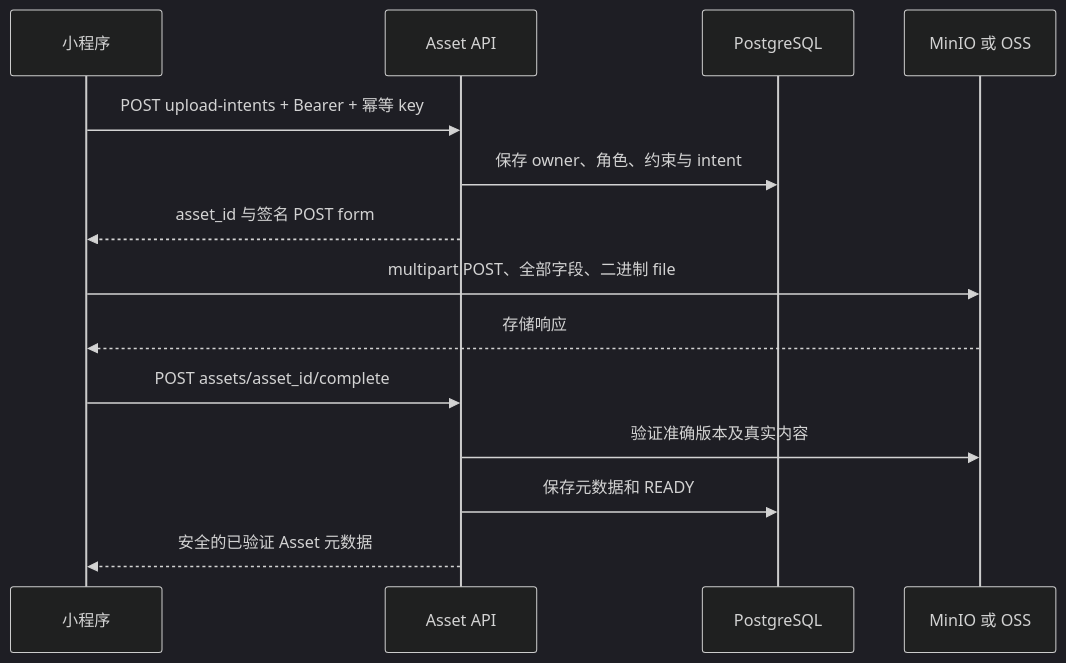
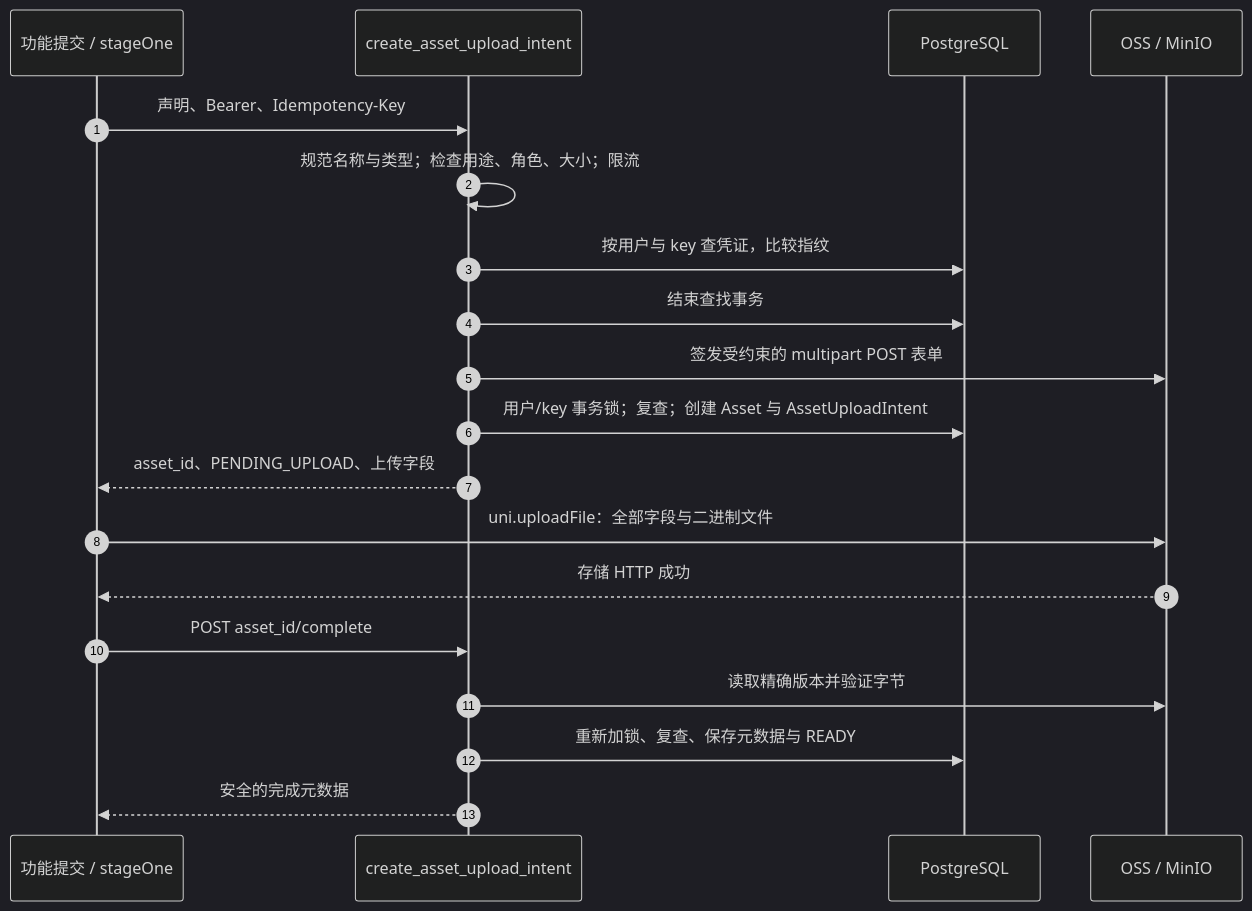
Before and after one commit to Orientation-CD/docs: the first of 2 diagrams in zh/reference/flows/asset-upload-flow.md, drawn with Mermaid (dark theme). The commit also changed other lines of this file and 61 other files, not shown here.

````diff
--- a/zh/reference/flows/asset-upload-flow.md
+++ b/zh/reference/flows/asset-upload-flow.md
@@ -5,16 +34,21 @@
 ```mermaid
 sequenceDiagram
-  participant MP as 小程序
-  participant API as Asset API
+  autonumber
+  participant UI as 功能提交 / stageOne
+  participant API as create_asset_upload_intent
   participant DB as PostgreSQL
-  participant S3 as MinIO 或 OSS
-  MP->>API: POST upload-intents + Bearer + 幂等 key
-  API->>DB: 保存 owner、角色、约束与 intent
-  API-->>MP: asset_id 与签名 POST form
-  MP->>S3: multipart POST、全部字段、二进制 file
-  S3-->>MP: 存储响应
-  MP->>API: POST assets/asset_id/complete
-  API->>S3: 验证准确版本及真实内容
-  API->>DB: 保存元数据和 READY
-  API-->>MP: 安全的已验证 Asset 元数据
+  participant Store as OSS / MinIO
+  UI->>API: 声明、Bearer、Idempotency-Key
+  API->>API: 规范名称与类型；检查用途、角色、大小；限流
+  API->>DB: 按用户与 key 查凭证，比较指纹
+  API->>DB: 结束查找事务
+  API->>Store: 签发受约束的 multipart POST 表单
+  API->>DB: 用户/key 事务锁；复查；创建 Asset 与 AssetUploadIntent
+  API-->>UI: asset_id、PENDING_UPLOAD、上传字段
+  UI->>Store: uni.uploadFile：全部字段与二进制文件
+  Store-->>UI: 存储 HTTP 成功
+  UI->>API: POST asset_id/complete
+  API->>Store: 读取精确版本并验证字节
+  API->>DB: 重新加锁、复查、保存元数据与 READY
+  API-->>UI: 安全的完成元数据
 ```
````
